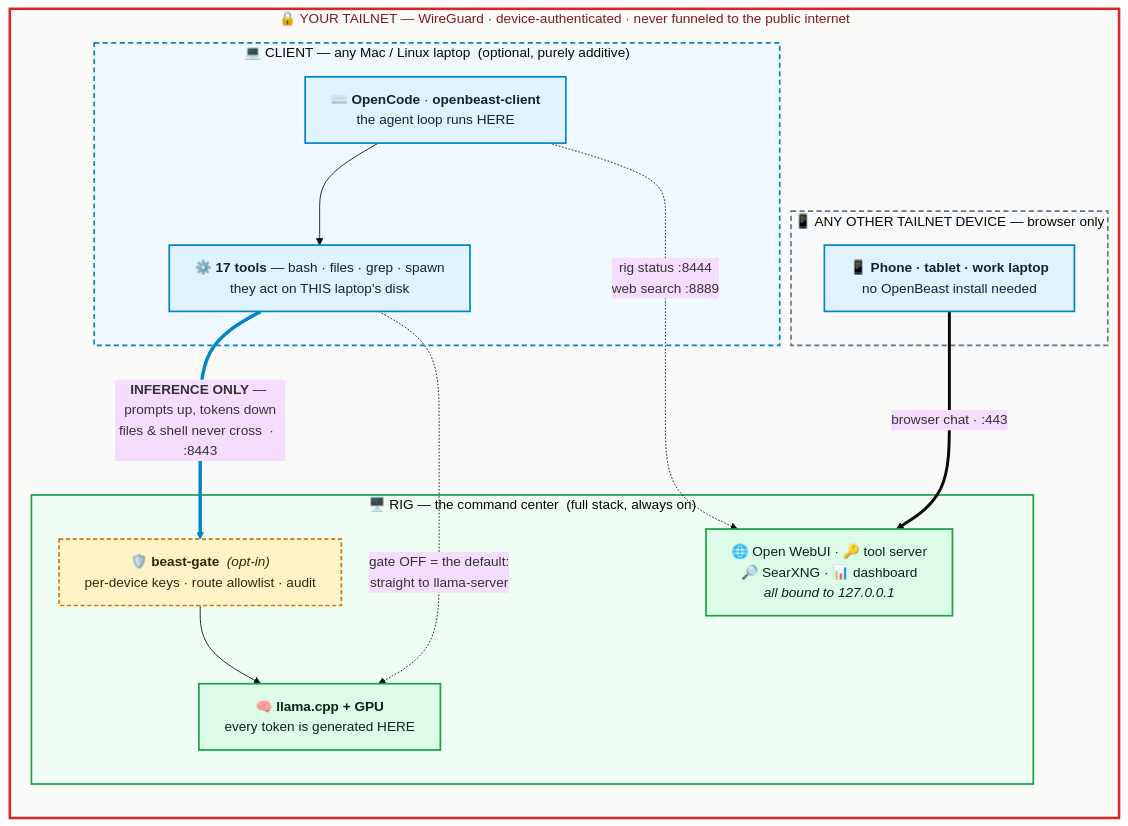
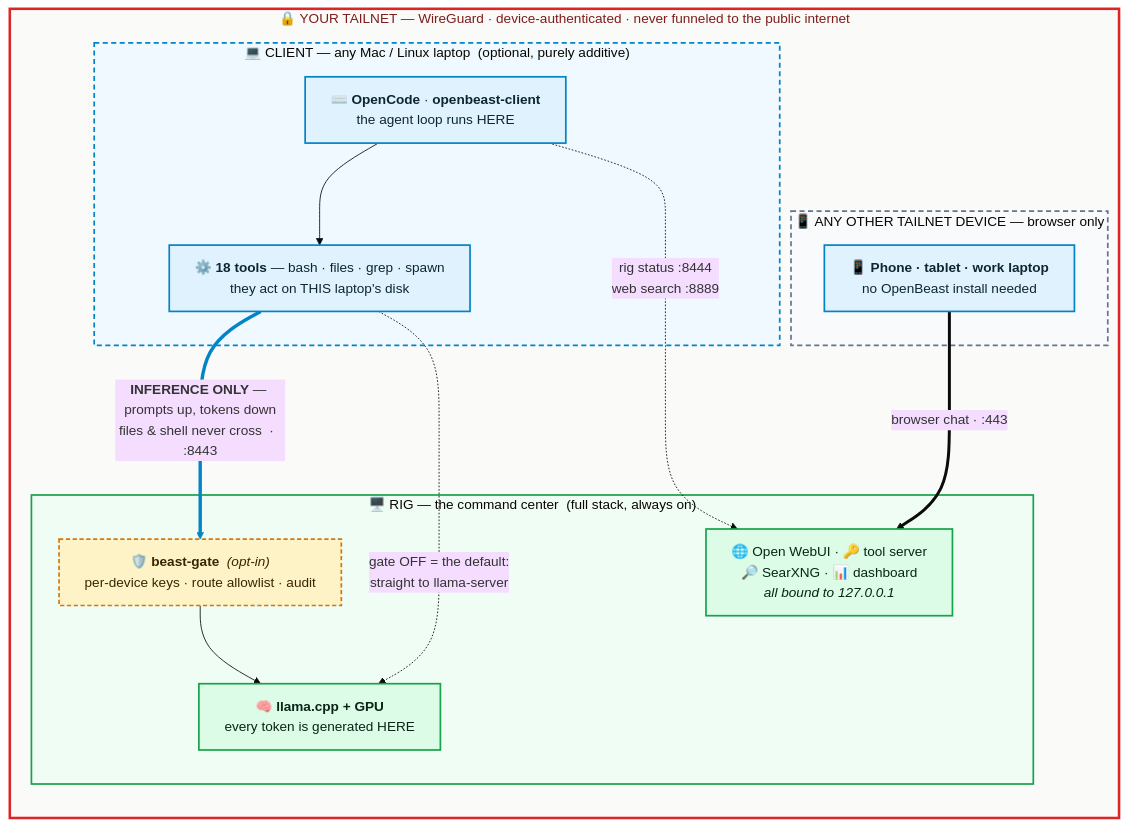
One commit to MaximilianKhan/openbeast changed the first of 2 diagrams in docs/ARCHITECTURE.md. Above: the diagram before and after it, drawn with Mermaid (base theme). The commit also changed other lines of this file and 31 other files, not shown here.

````diff
--- a/docs/ARCHITECTURE.md
+++ b/docs/ARCHITECTURE.md
@@ -20,40 +20,40 @@
 ```mermaid
 %%{init: {"flowchart": {"wrappingWidth": 340, "curve": "basis", "nodeSpacing": 45, "rankSpacing": 55}}}%%
 flowchart LR
     subgraph TAILNET["🔒 YOUR TAILNET — WireGuard · device-authenticated · never funneled to the public internet"]
 
         subgraph CLIENT["💻 CLIENT — any Mac / Linux laptop &nbsp;(optional, purely additive)"]
             cagent["⌨️ <b>OpenCode</b> · <b>openbeast-client</b><br/>the agent loop runs HERE"]
-            ctools["⚙️ <b>17 tools</b> — bash · files · grep · spawn<br/>they act on THIS laptop's disk"]
+            ctools["⚙️ <b>18 tools</b> — bash · files · grep · spawn<br/>they act on THIS laptop's disk"]
             cagent --> ctools
         end
 
         subgraph OTHER["📱 ANY OTHER TAILNET DEVICE — browser only"]
             phone["📱 <b>Phone · tablet · work laptop</b><br/>no OpenBeast install needed"]
         end
 
         subgraph RIG["🖥️ RIG — the command center &nbsp;(full stack, always on)"]
             gate["🛡️ <b>beast-gate</b> &nbsp;<i>(opt-in)</i><br/>per-device keys · route allowlist · audit"]
             brain["🧠 <b>llama.cpp + GPU</b><br/>every token is generated HERE"]
             cc["🌐 Open WebUI · 🔑 tool server<br/>🔎 SearXNG · 📊 dashboard<br/><i>all bound to 127.0.0.1</i>"]
             gate --> brain
         end
     end
 
     ctools ==>|"<b>INFERENCE ONLY</b> — prompts up, tokens down<br/>files &amp; shell never cross &nbsp;·&nbsp; :8443"| gate
     ctools -.->|"gate OFF = the default:<br/>straight to llama-server"| brain
     cagent -.->|"rig status :8444<br/>web search :8889"| cc
     phone ==>|"browser chat · :443"| cc
 
     classDef client fill:#e0f2fe,stroke:#0284c7,stroke-width:2px,color:#0c2733;
     classDef rig fill:#dcfce7,stroke:#16a34a,stroke-width:2px,color:#0b2417;
     classDef sec fill:#fef3c7,stroke:#d97706,stroke-width:2px,stroke-dasharray:5 3,color:#3a2503;
     class cagent,ctools,phone client;
     class brain,cc rig;
     class gate sec;
     style TAILNET fill:#fafaf9,stroke:#dc2626,stroke-width:3px,color:#7f1d1d;
     style CLIENT fill:#f0f9ff,stroke:#0284c7,stroke-width:2px,stroke-dasharray:6 4;
     style RIG fill:#f0fdf4,stroke:#16a34a,stroke-width:2px;
     style OTHER fill:#f8fafc,stroke:#64748b,stroke-width:2px,stroke-dasharray:6 4;
     linkStyle 2 stroke:#0284c7,stroke-width:4px;
 ```
````
